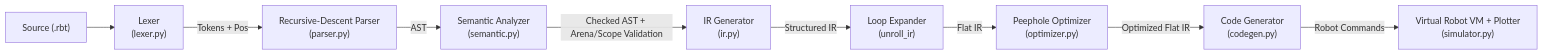
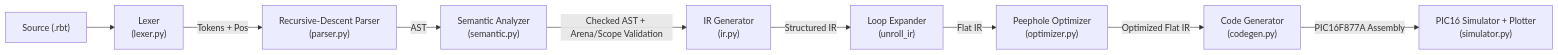
The diagram in docs/architecture.md (ishwar170695/robotlang), drawn with Mermaid before and after one commit. The commit also changed other lines of this file and 12 other files, not shown here.

Commit message:
feat: add PIC16F877A assembly codegen, architecture docs, and simulator

````diff
--- a/docs/architecture.md
+++ b/docs/architecture.md
@@ -5,11 +5,11 @@
 ```mermaid
 flowchart LR
     Src["Source (.rbt)"] --> Lex["Lexer\n(lexer.py)"]
     Lex -->|Tokens + Pos| Parse["Recursive-Descent Parser\n(parser.py)"]
     Parse -->|AST| Sem["Semantic Analyzer\n(semantic.py)"]
     Sem -->|Checked AST + Arena/Scope Validation| IR["IR Generator\n(ir.py)"]
     IR -->|Structured IR| Unroll["Loop Expander\n(unroll_ir)"]
     Unroll -->|Flat IR| Opt["Peephole Optimizer\n(optimizer.py)"]
     Opt -->|Optimized Flat IR| CG["Code Generator\n(codegen.py)"]
-    CG -->|Robot Commands| Sim["Virtual Robot VM + Plotter\n(simulator.py)"]
+    CG -->|PIC16F877A Assembly| Sim["PIC16 Simulator + Plotter\n(simulator.py)"]
 ```
````
